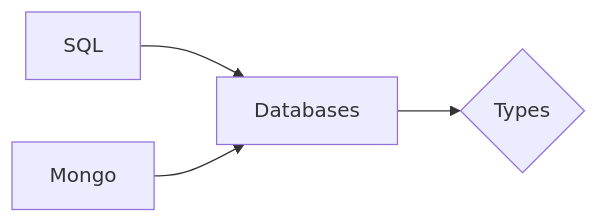
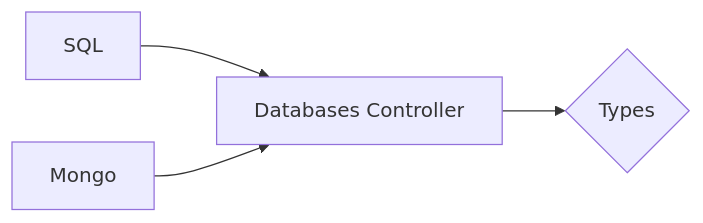
One commit to hlop3z/fastberry changed the second of 2 diagrams in docs/docs/types/introduction.md. Above: the diagram before and after it, drawn with Mermaid.

````diff
--- a/docs/docs/types/introduction.md
+++ b/docs/docs/types/introduction.md
@@ -45,6 +45,6 @@
 ```mermaid
 graph LR;
     A[SQL] --> C;
-    B[Mongo] --> C[Databases];
+    B[Mongo] --> C[Databases Controller];
     C --> D{Types};
 ```
````
